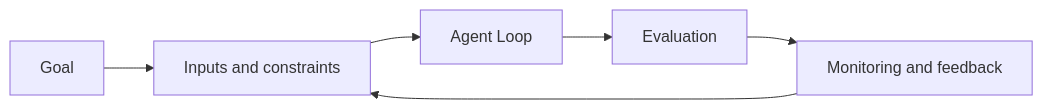
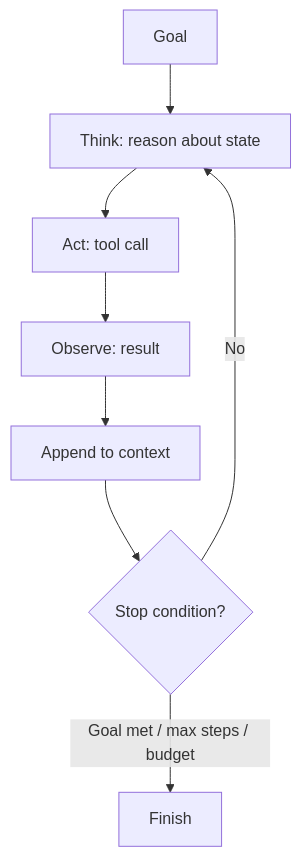
One commit to Icon1cc/Machine-Learning changed the diagram in agents/02-agent-loop.md. Above: the diagram before and after it, drawn with Mermaid. The commit also changed other lines of this file and 118 other files, not shown here.

````diff
--- a/agents/02-agent-loop.md
+++ b/agents/02-agent-loop.md
@@ -93,8 +71,10 @@
 ```mermaid
-flowchart LR
-    A[Goal] --> B[Inputs and constraints]
-    B --> C[Agent Loop]
-    C --> D[Evaluation]
-    D --> E[Monitoring and feedback]
-    E --> B
+flowchart TD
+    A[Goal] --> B[Think: reason about state]
+    B --> C[Act: tool call]
+    C --> D[Observe: result]
+    D --> E[Append to context]
+    E --> F{Stop condition?}
+    F -- Goal met / max steps / budget --> G[Finish]
+    F -- No --> B
 ```
````
